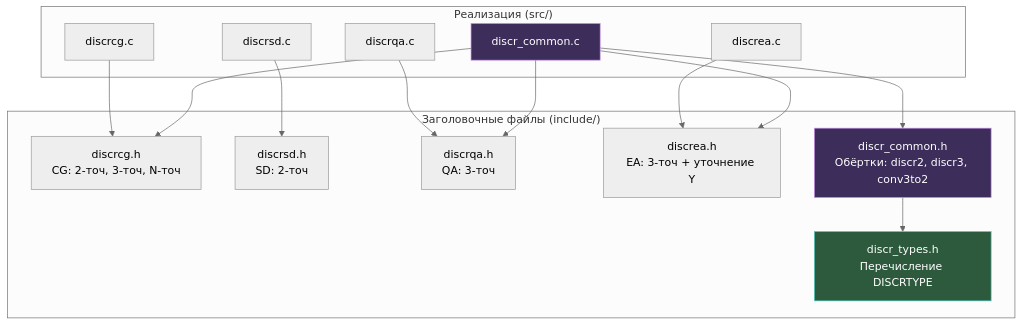
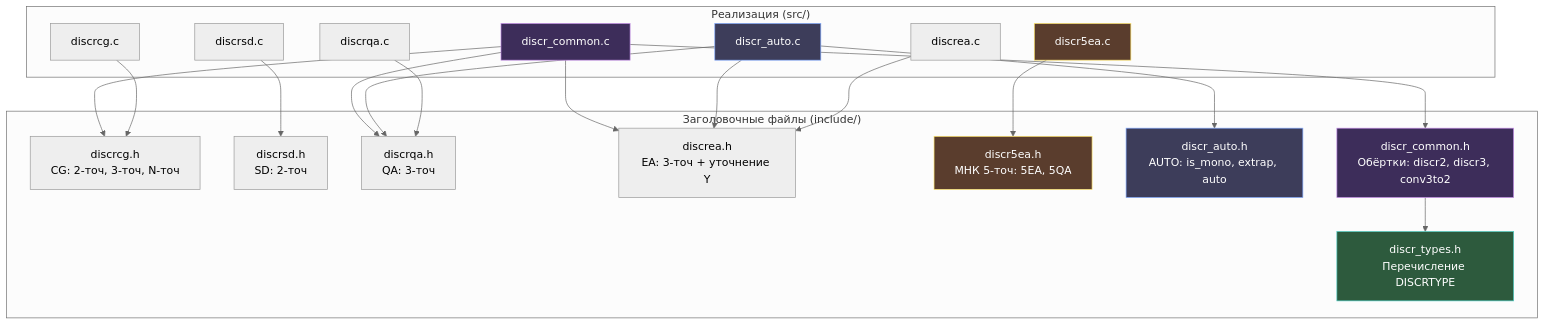
The second of 3 diagrams in discriminator_estimates/Doc/Full.md (AlexLan73/Refactoring), drawn with Mermaid (neutral theme) before and after one commit. The commit also changed other lines of this file and 436 other files, not shown here.

````diff
--- a/discriminator_estimates/Doc/Full.md
+++ b/discriminator_estimates/Doc/Full.md
@@ -264,34 +445,46 @@
 ```mermaid
 graph TD
     subgraph "Заголовочные файлы (include/)"
         DT["discr_types.h<br/>Перечисление DISCRTYPE"]
         CG_H["discrcg.h<br/>CG: 2-точ, 3-точ, N-точ"]
         SD_H["discrsd.h<br/>SD: 2-точ"]
         QA_H["discrqa.h<br/>QA: 3-точ"]
         EA_H["discrea.h<br/>EA: 3-точ + уточнение Y"]
+        D5_H["discr5ea.h<br/>МНК 5-точ: 5EA, 5QA"]
+        AUTO_H["discr_auto.h<br/>AUTO: is_mono, extrap, auto"]
         COM_H["discr_common.h<br/>Обёртки: discr2, discr3, conv3to2"]
     end
 
     subgraph "Реализация (src/)"
         CG_C["discrcg.c"]
         SD_C["discrsd.c"]
         QA_C["discrqa.c"]
         EA_C["discrea.c"]
+        D5_C["discr5ea.c"]
+        AUTO_C["discr_auto.c"]
         COM_C["discr_common.c"]
     end
 
     COM_H --> DT
     COM_C --> COM_H
     COM_C --> CG_H
     COM_C --> QA_H
     COM_C --> EA_H
+    AUTO_C --> AUTO_H
+    AUTO_C --> EA_H
+    AUTO_C --> QA_H
 
     CG_C --> CG_H
     SD_C --> SD_H
     QA_C --> QA_H
     EA_C --> EA_H
+    D5_C --> D5_H
 
     style DT fill:#2d5a3d,stroke:#4ECDC4,color:#fff
     style COM_H fill:#3d2d5a,stroke:#C792EA,color:#fff
     style COM_C fill:#3d2d5a,stroke:#C792EA,color:#fff
+    style D5_H fill:#5a3d2d,stroke:#FFE66D,color:#fff
+    style D5_C fill:#5a3d2d,stroke:#FFE66D,color:#fff
+    style AUTO_H fill:#3d3d5a,stroke:#82AAFF,color:#fff
+    style AUTO_C fill:#3d3d5a,stroke:#82AAFF,color:#fff
 ```
````
